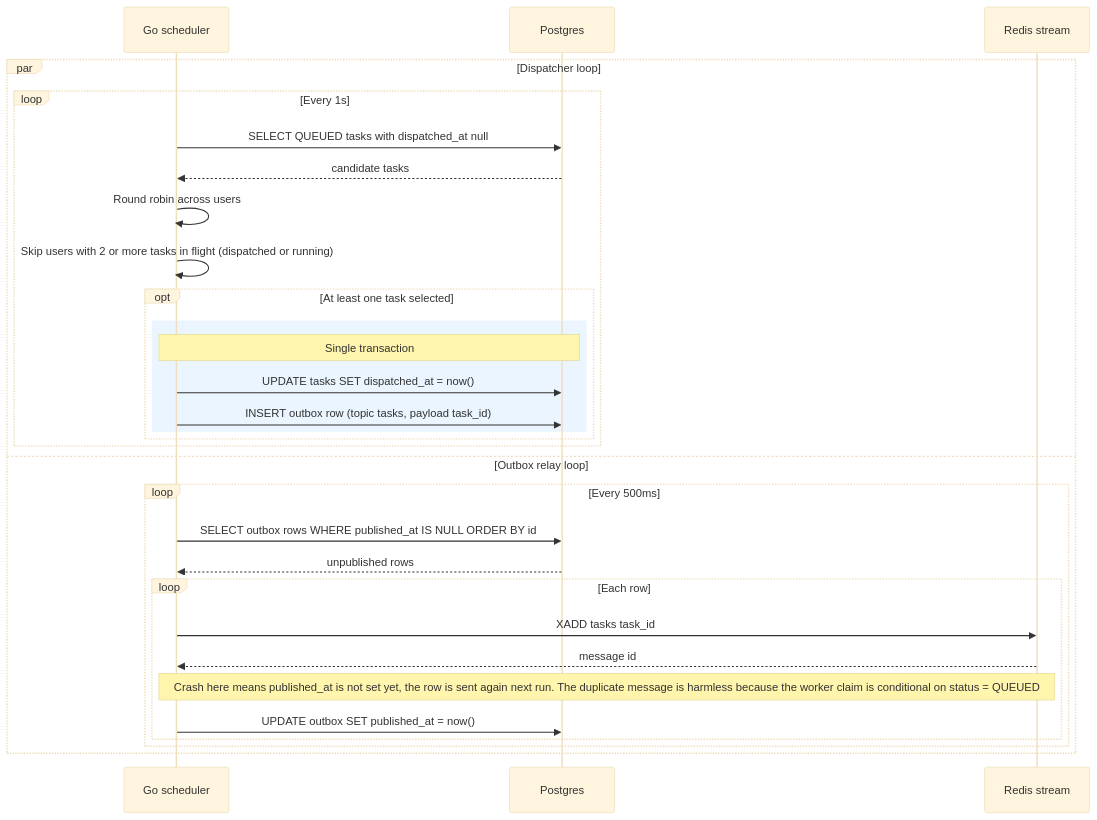
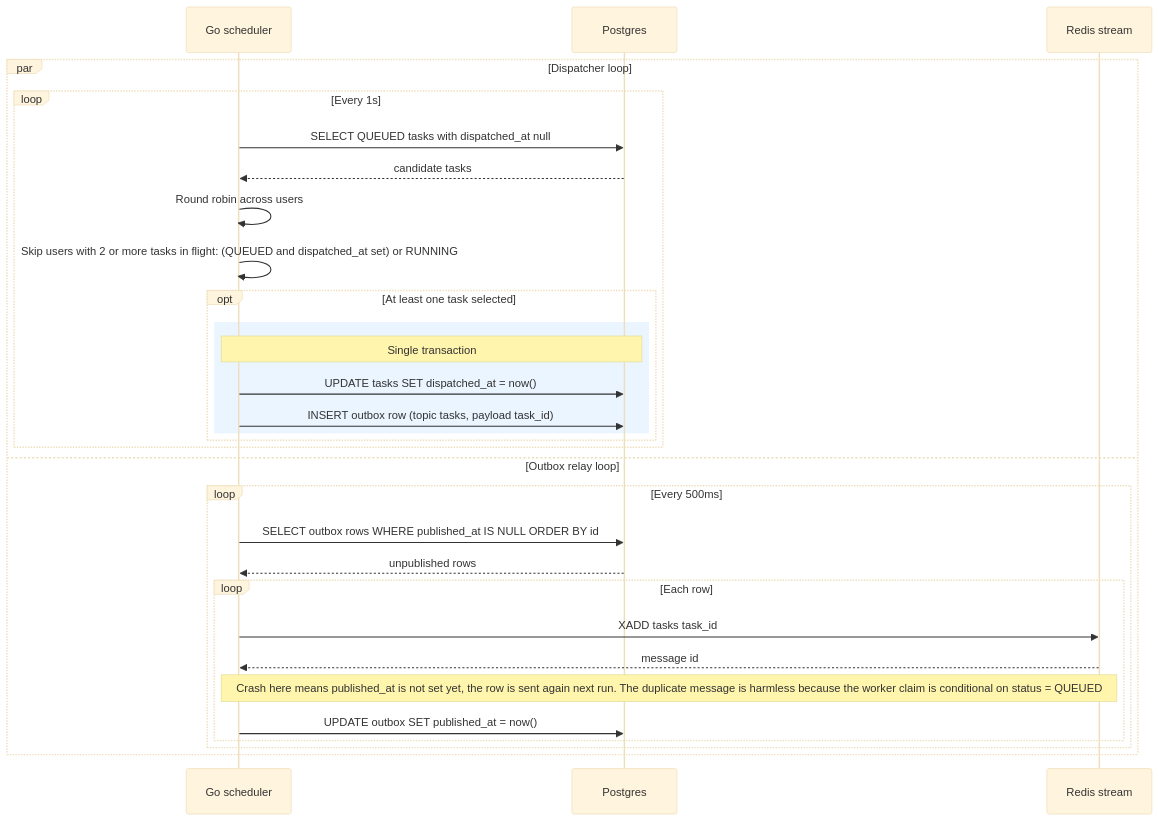
Before and after one commit to MardonBa/transcoding-job-scheduler: the diagram in docs/diagrams/sequence/03-dispatch-and-outbox.md, drawn with Mermaid (base theme). The commit also changed other lines of this file and 31 other files, not shown here.

````diff
--- a/docs/diagrams/sequence/03-dispatch-and-outbox.md
+++ b/docs/diagrams/sequence/03-dispatch-and-outbox.md
@@ -5,33 +5,33 @@
 ```mermaid
 sequenceDiagram
     participant Sched as Go scheduler
     participant PG as Postgres
     participant RStream as Redis stream
 
     par Dispatcher loop
         loop Every 1s
             Sched->>PG: SELECT QUEUED tasks with dispatched_at null
             PG-->>Sched: candidate tasks
             Sched->>Sched: Round robin across users
-            Sched->>Sched: Skip users with 2 or more tasks in flight (dispatched or running)
+            Sched->>Sched: Skip users with 2 or more tasks in flight: (QUEUED and dispatched_at set) or RUNNING
             opt At least one task selected
                 rect rgb(235, 245, 255)
                     Note over Sched,PG: Single transaction
                     Sched->>PG: UPDATE tasks SET dispatched_at = now()
                     Sched->>PG: INSERT outbox row (topic tasks, payload task_id)
                 end
             end
         end
     and Outbox relay loop
         loop Every 500ms
             Sched->>PG: SELECT outbox rows WHERE published_at IS NULL ORDER BY id
             PG-->>Sched: unpublished rows
             loop Each row
                 Sched->>RStream: XADD tasks task_id
                 RStream-->>Sched: message id
                 Note over Sched,RStream: Crash here means published_at is not set yet, the row is sent again next run. The duplicate message is harmless because the worker claim is conditional on status = QUEUED
                 Sched->>PG: UPDATE outbox SET published_at = now()
             end
         end
     end
 ```
````
